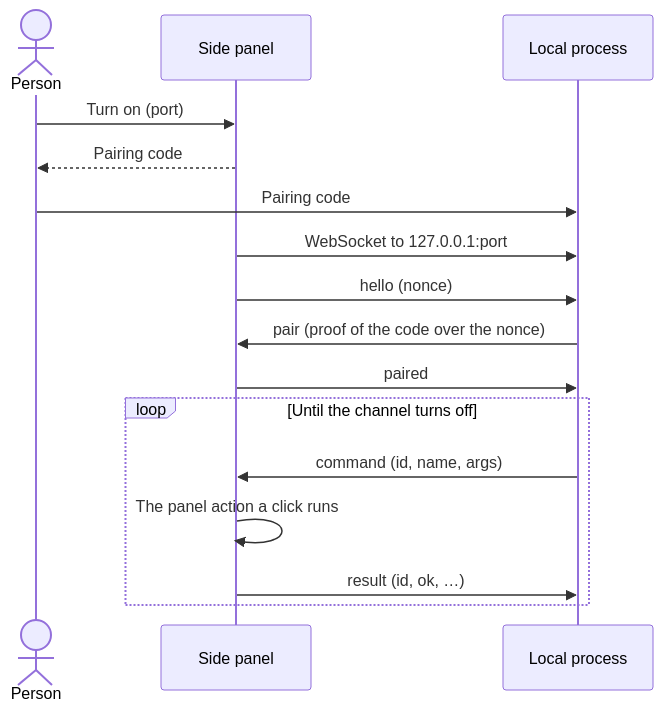
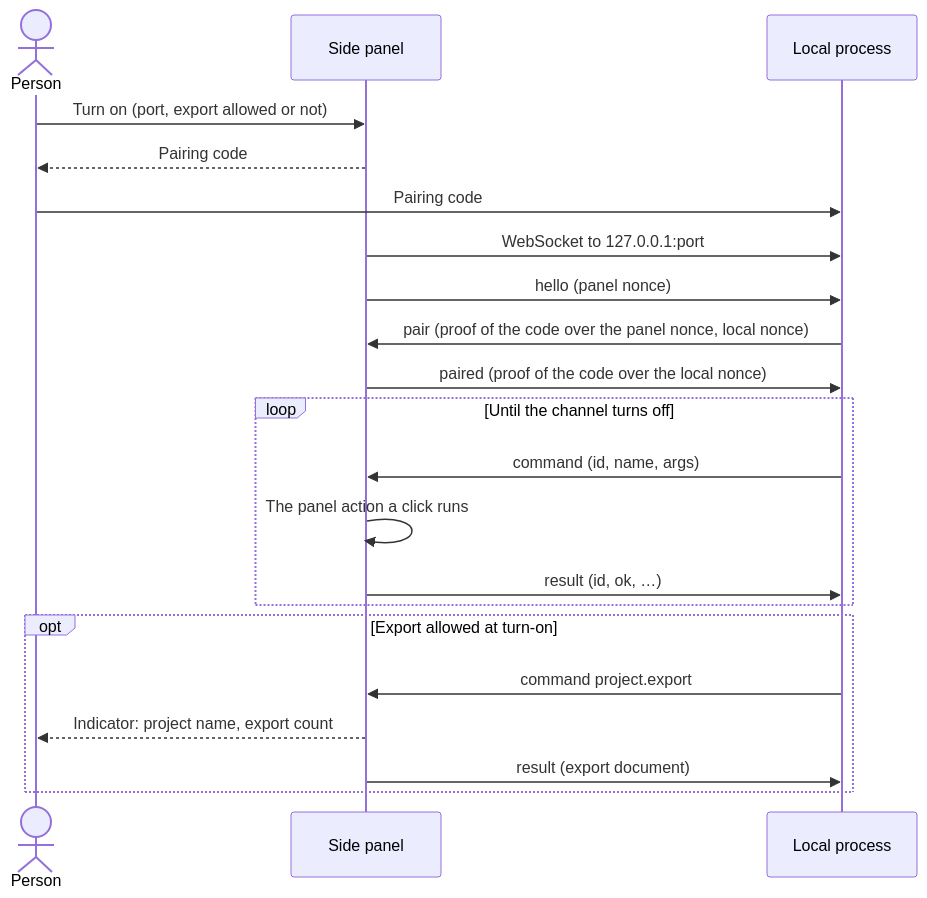
Before and after one commit to Arsarneq/docent: the diagram in docs/api/control-channel.md, drawn with Mermaid. The commit also changed other lines of this file and 25 other files, not shown here.

Commit message:
feat(extension): let a paired local process export the open project when a person allows it

````diff
--- a/docs/api/control-channel.md
+++ b/docs/api/control-channel.md
@@ -36,19 +37,24 @@
 ```mermaid
 sequenceDiagram
     actor Person
     participant Panel as Side panel
     participant Local as Local process
 
-    Person->>Panel: Turn on (port)
+    Person->>Panel: Turn on (port, export allowed or not)
     Panel-->>Person: Pairing code
     Person->>Local: Pairing code
     Panel->>Local: WebSocket to 127.0.0.1:port
-    Panel->>Local: hello (nonce)
-    Local->>Panel: pair (proof of the code over the nonce)
-    Panel->>Local: paired
+    Panel->>Local: hello (panel nonce)
+    Local->>Panel: pair (proof of the code over the panel nonce, local nonce)
+    Panel->>Local: paired (proof of the code over the local nonce)
     loop Until the channel turns off
         Local->>Panel: command (id, name, args)
         Panel->>Panel: The panel action a click runs
         Panel->>Local: result (id, ok, …)
     end
+    opt Export allowed at turn-on
+        Local->>Panel: command project.export
+        Panel-->>Person: Indicator: project name, export count
+        Panel->>Local: result (export document)
+    end
 ```
````
